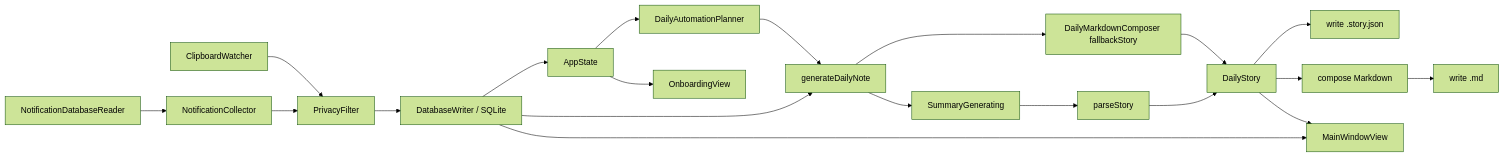
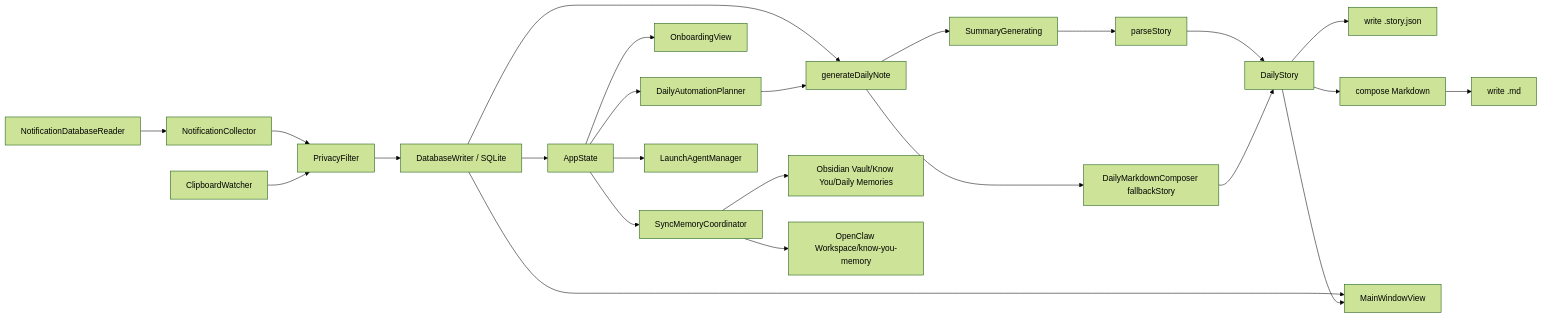
One commit to gift-is-coding/know-you-open-source changed the first of 2 diagrams in docs/architecture.md. Above: the diagram before and after it, drawn with Mermaid (forest theme). The commit also changed other lines of this file and 21 other files, not shown here.

Commit message:
feat: add sync memory panel and automation

````diff
--- a/docs/architecture.md
+++ b/docs/architecture.md
@@ -29,22 +30,26 @@
 ```mermaid
 flowchart LR
     A[ClipboardWatcher] --> B[PrivacyFilter]
     C[NotificationDatabaseReader] --> D[NotificationCollector]
     D --> B
     B --> E[DatabaseWriter / SQLite]
     E --> F[AppState]
     F --> G[DailyAutomationPlanner]
     G --> H[generateDailyNote]
     E --> H
     H --> I[DailyMarkdownComposer fallbackStory]
     H --> J[SummaryGenerating]
     J --> K[parseStory]
     I --> L[DailyStory]
     K --> L
     L --> M[write .story.json]
     L --> N[compose Markdown]
     N --> O[write .md]
     L --> P[MainWindowView]
     F --> Q[OnboardingView]
     E --> P
+    F --> R[SyncMemoryCoordinator]
+    R --> S[Obsidian Vault/Know You/Daily Memories]
+    R --> T[OpenClaw Workspace/know-you-memory]
+    F --> U[LaunchAgentManager]
 ```
````
